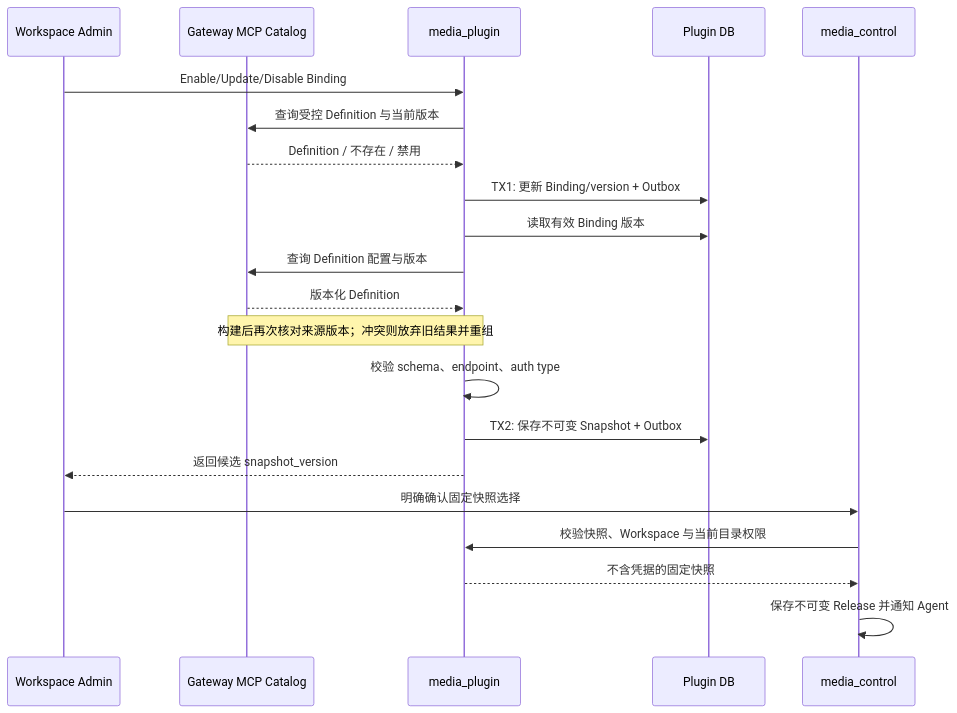
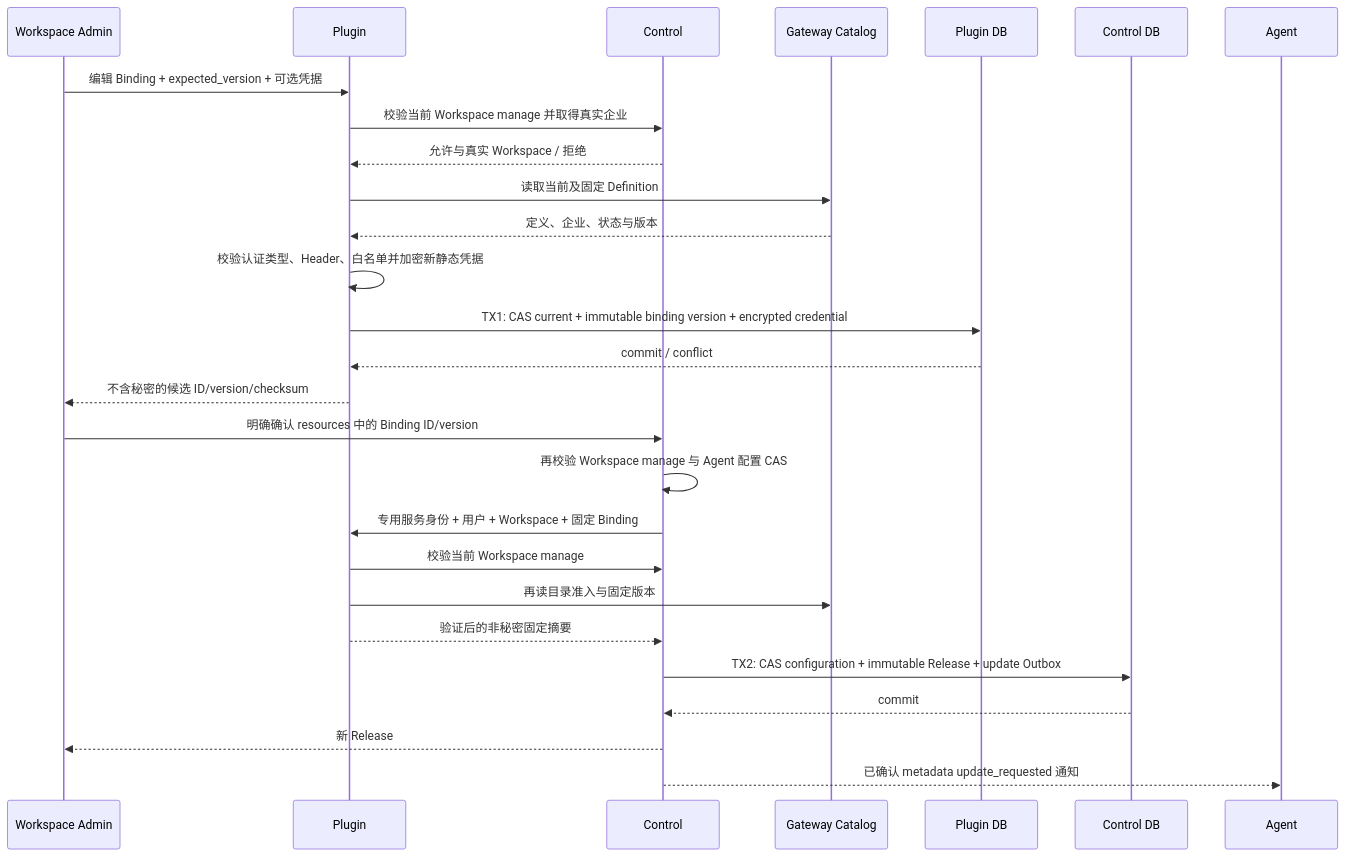
Before and after one commit to hotttao/media_agent: the diagram in docs/ddd/media_plugin/workflow/0001-plugin_binding_snapshot/plugin_binding_snapshot.md, drawn with Mermaid. The commit also changed other lines of this file and 87 other files, not shown here.

Commit message:
feat(plugin): implement versioned MCP bindings and authenticated proxy

````diff
--- a/docs/ddd/media_plugin/workflow/0001-plugin_binding_snapshot/plugin_binding_snapshot.md
+++ b/docs/ddd/media_plugin/workflow/0001-plugin_binding_snapshot/plugin_binding_snapshot.md
@@ -20,23 +23,29 @@
 ```mermaid
 sequenceDiagram
     participant U as Workspace Admin
-    participant G as Gateway MCP Catalog
-    participant P as media_plugin
-    participant DB as Plugin DB
-    participant C as media_control
-    U->>P: Enable/Update/Disable Binding
-    P->>G: 查询受控 Definition 与当前版本
-    G-->>P: Definition / 不存在 / 禁用
-    P->>DB: TX1: 更新 Binding/version + Outbox
-    P->>DB: 读取有效 Binding 版本
-    P->>G: 查询 Definition 配置与版本
-    G-->>P: 版本化 Definition
-    Note over P,G: 构建后再次核对来源版本；冲突则放弃旧结果并重组
-    P->>P: 校验 schema、endpoint、auth type
-    P->>DB: TX2: 保存不可变 Snapshot + Outbox
-    P-->>U: 返回候选 snapshot_version
-    U->>C: 明确确认固定快照选择
-    C->>P: 校验快照、Workspace 与当前目录权限
-    P-->>C: 不含凭据的固定快照
-    C->>C: 保存不可变 Release 并通知 Agent
+    participant P as Plugin
+    participant C as Control
+    participant G as Gateway Catalog
+    participant D as Plugin DB
+    participant CD as Control DB
+    participant A as Agent
+    U->>P: 编辑 Binding + expected_version + 可选凭据
+    P->>C: 校验当前 Workspace manage 并取得真实企业
+    C-->>P: 允许与真实 Workspace / 拒绝
+    P->>G: 读取当前及固定 Definition
+    G-->>P: 定义、企业、状态与版本
+    P->>P: 校验认证类型、Header、白名单并加密新静态凭据
+    P->>D: TX1: CAS current + immutable binding version + encrypted credential
+    D-->>P: commit / conflict
+    P-->>U: 不含秘密的候选 ID/version/checksum
+    U->>C: 明确确认 resources 中的 Binding ID/version
+    C->>C: 再校验 Workspace manage 与 Agent 配置 CAS
+    C->>P: 专用服务身份 + 用户 + Workspace + 固定 Binding
+    P->>C: 校验当前 Workspace manage
+    P->>G: 再读目录准入与固定版本
+    P-->>C: 验证后的非秘密固定摘要
+    C->>CD: TX2: CAS configuration + immutable Release + update Outbox
+    CD-->>C: commit
+    C-->>U: 新 Release
+    C-->>A: 已确认 metadata update_requested 通知
 ```
````
